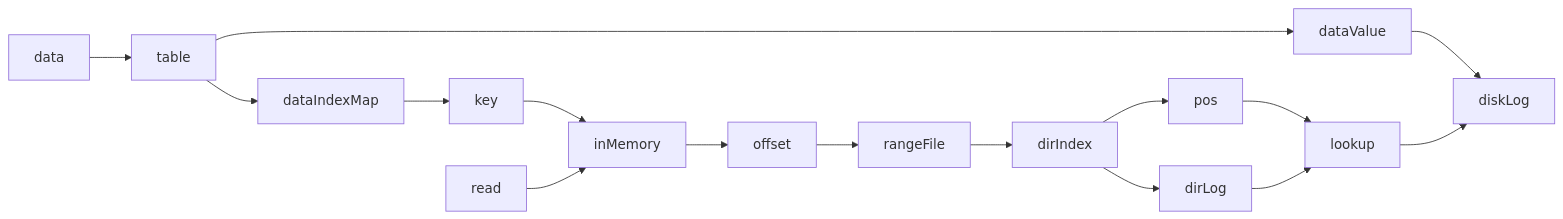
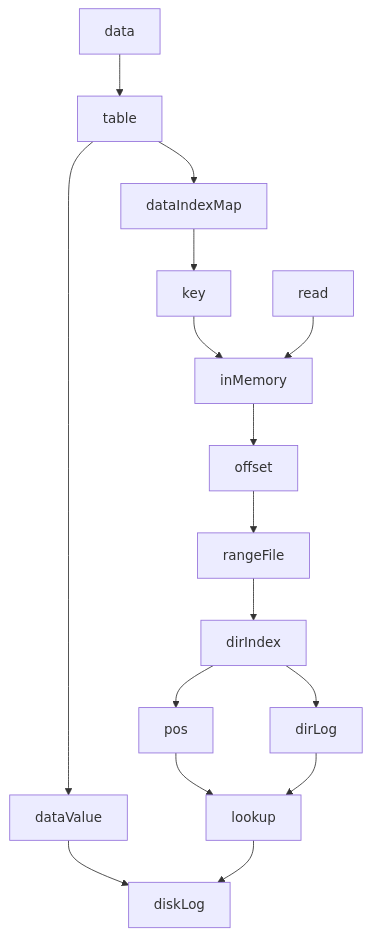
One commit to MagnetoWang/IcebergDB changed the sixth of 8 diagrams in document/架构设计.md. Above: the diagram before and after it, drawn with Mermaid. The commit also changed other lines of this file, not shown here.

````diff
--- a/document/架构设计.md
+++ b/document/架构设计.md
@@ -340,24 +383,24 @@
 ```mermaid
-graph LR
+graph TD
 data-->table
 table-->dataValue
 table-->dataIndexMap
 dataValue-->diskLog
 dataIndexMap-->key
 key-->inMemory
 read-->inMemory
 
 inMemory-->offset
 
 offset-->rangeFile
 
 rangeFile-->dirIndex
 
 dirIndex-->pos
 dirIndex-->dirLog
 
 pos-->lookup
 dirLog-->lookup
 
 lookup-->diskLog
 ```
````
